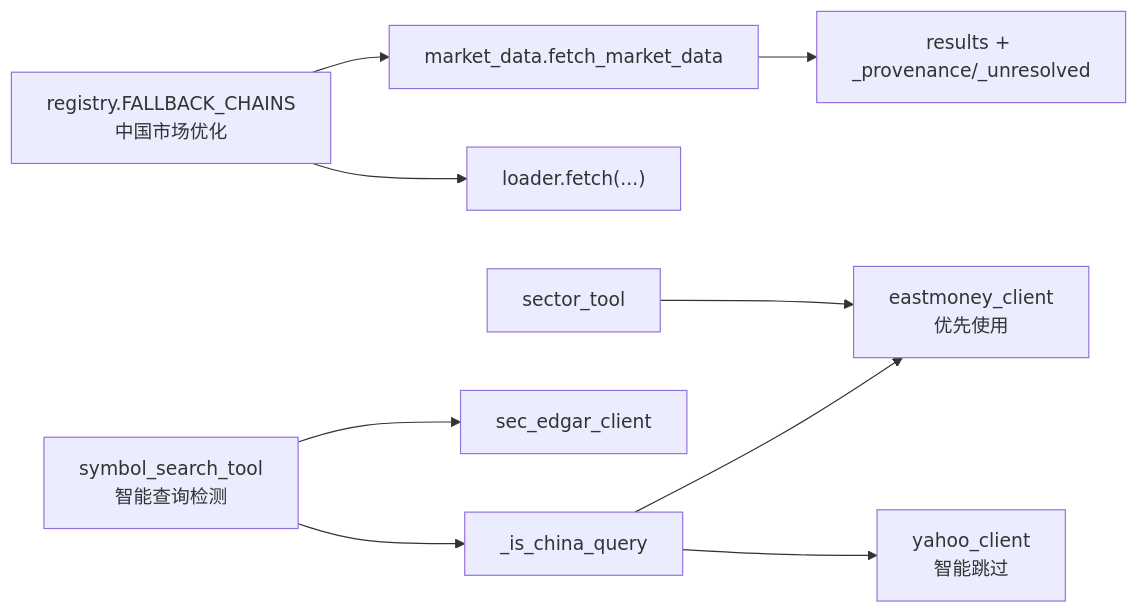
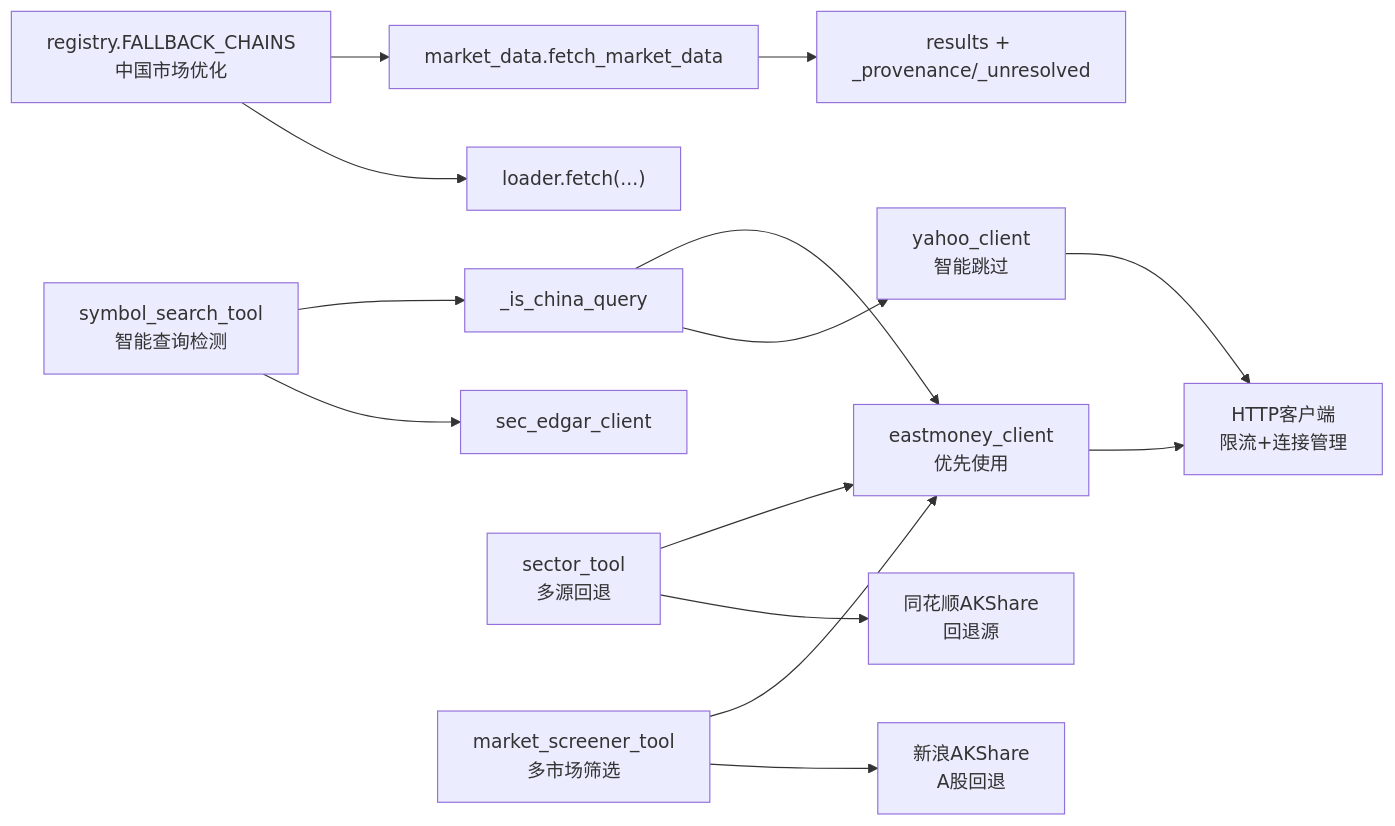
One commit to 20012002er/Vibe-Trading changed the eighth of 8 diagrams in .qoder/repowiki/zh/content/AI代理系统/工具系统/内置工具库/市场数据工具.md. Above: the diagram before and after it, drawn with Mermaid. The commit also changed other lines of this file and 5 other files, not shown here.

````diff
--- a/.qoder/repowiki/zh/content/AI代理系统/工具系统/内置工具库/市场数据工具.md
+++ b/.qoder/repowiki/zh/content/AI代理系统/工具系统/内置工具库/市场数据工具.md
@@ -298,11 +417,16 @@
 ```mermaid
 graph LR
 REG["registry.FALLBACK_CHAINS<br/>中国市场优化"] --> MD["market_data.fetch_market_data"]
 REG --> LDR["loader.fetch(...)"]
 MD --> RES["results + _provenance/_unresolved"]
 SST["symbol_search_tool<br/>智能查询检测"] --> CQ["_is_china_query"]
 CQ --> EM["eastmoney_client<br/>优先使用"]
 CQ --> YH["yahoo_client<br/>智能跳过"]
 SST --> SEC["sec_edgar_client"]
-STT["sector_tool"] --> EM
+STT["sector_tool<br/>多源回退"] --> EM
+STT --> AK["同花顺AKShare<br/>回退源"]
+MSM["market_screener_tool<br/>多市场筛选"] --> EM
+MSM --> SA["新浪AKShare<br/>A股回退"]
+EM --> HTTP["HTTP客户端<br/>限流+连接管理"]
+YH --> HTTP
 ```
````
